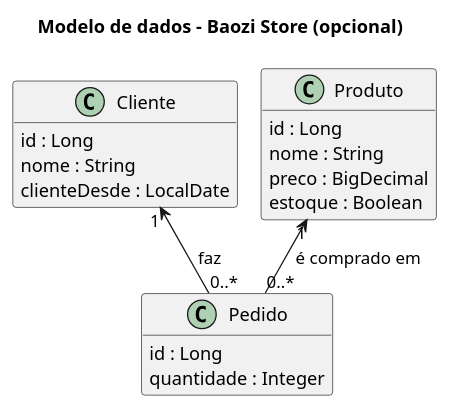
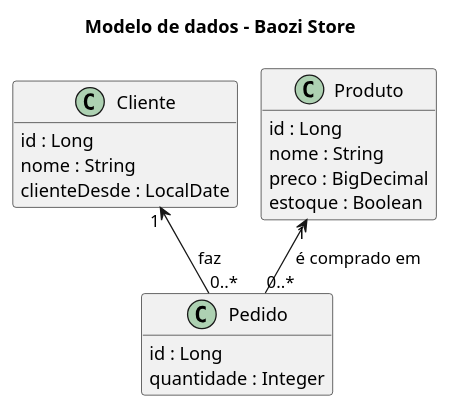
Before and after one commit to gabrielhhaber/Baozi-Store: the diagram in docs/modelo-de-classes.puml, drawn with PlantUML. The commit also changed 2 other files, not shown here.

Commit message:
Update class model diagram and .gitignore

```diff
--- a/docs/modelo-de-classes.puml
+++ b/docs/modelo-de-classes.puml
@@ -1,26 +1,26 @@
 @startuml modelo-de-classes
-title Modelo de dados - Baozi Store (opcional)
+title Modelo de dados - Baozi Store
 !pragma layout smetana
 hide methods
 
 class Cliente {
   id : Long
   nome : String
   clienteDesde : LocalDate
 }
 
 class Produto {
   id : Long
   nome : String
   preco : BigDecimal
   estoque : Boolean
 }
 
 class Pedido {
   id : Long
   quantidade : Integer
 }
 
 Cliente "1" <-- "0..*" Pedido : faz
 Produto "1" <-- "0..*" Pedido : é comprado em
 @enduml
```
